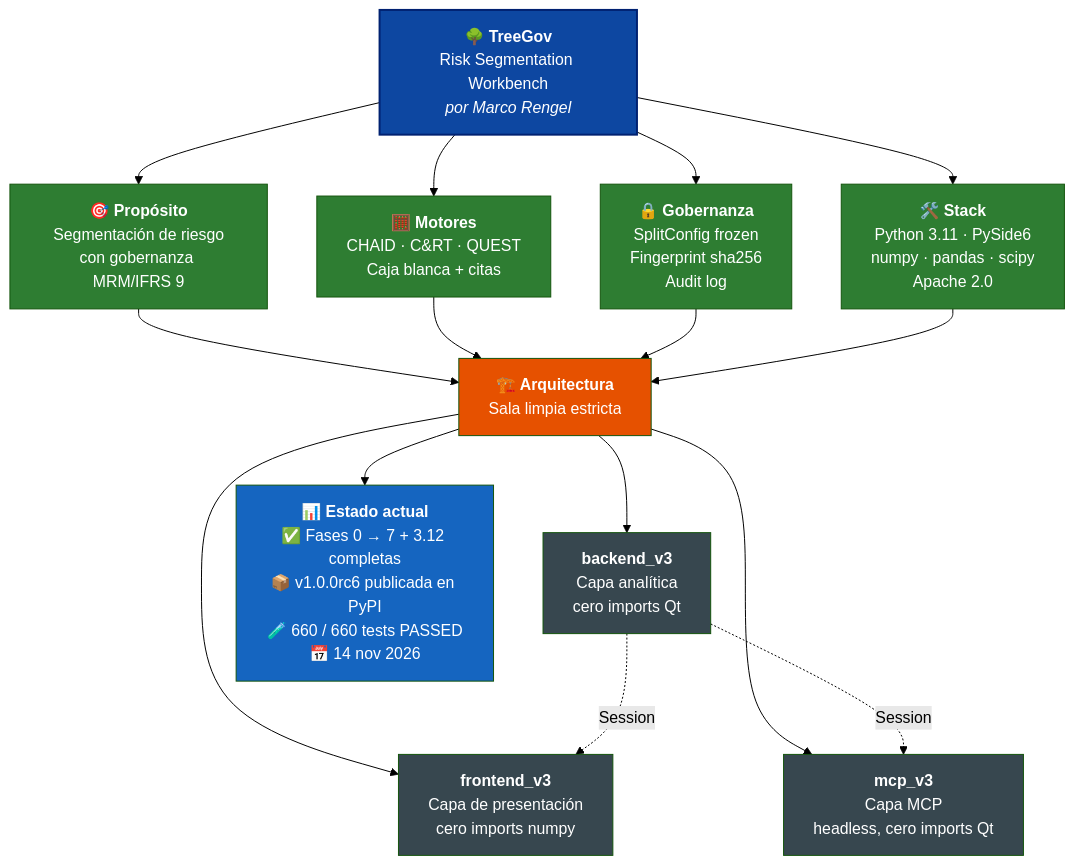
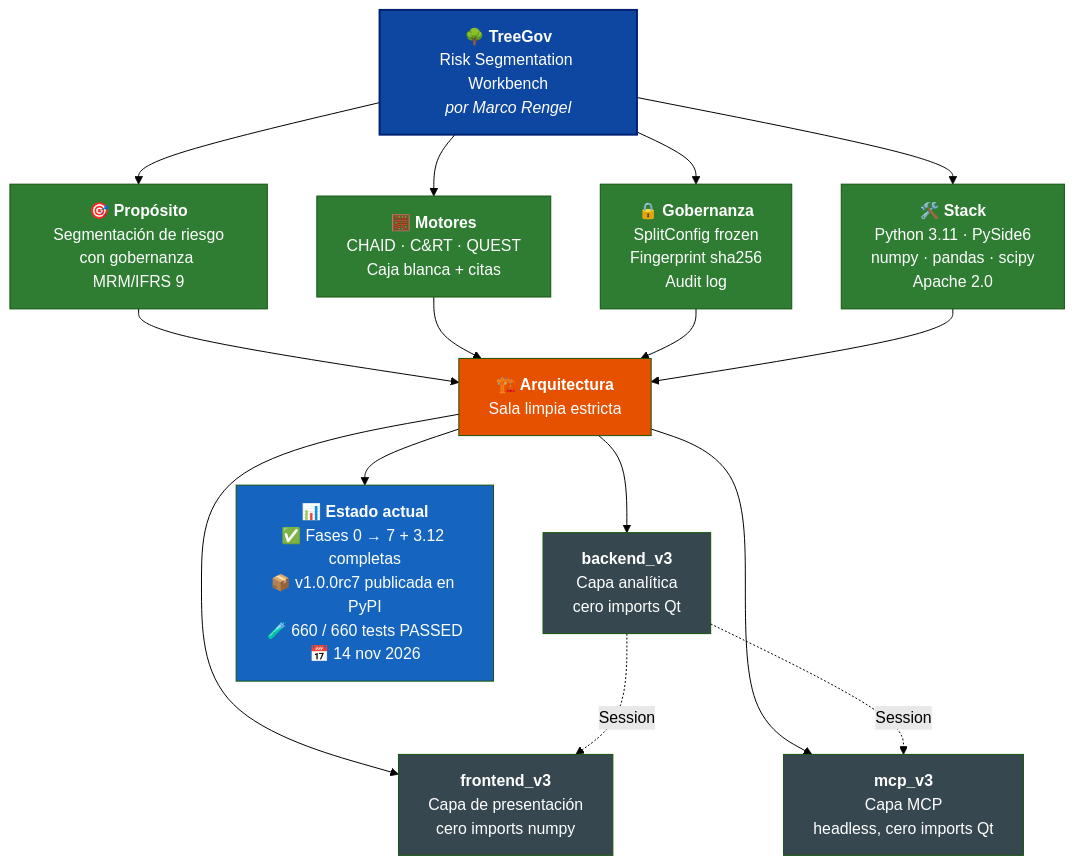
Before and after one commit to Marco-Rengel/treegov: the diagram in README.es.md, drawn with Mermaid (forest theme). The commit also changed other lines of this file and 5 other files, not shown here.

````diff
--- a/README.es.md
+++ b/README.es.md
@@ -38,34 +38,34 @@
 ```mermaid
 flowchart TB
     TG["<b>🌳 TreeGov</b><br/>Risk Segmentation Workbench<br/><i>por Marco Rengel</i>"]
 
     TG --> P["<b>🎯 Propósito</b><br/>Segmentación de riesgo<br/>con gobernanza MRM/IFRS 9"]
     TG --> M["<b>🧮 Motores</b><br/>CHAID · C&RT · QUEST<br/>Caja blanca + citas"]
     TG --> G["<b>🔒 Gobernanza</b><br/>SplitConfig frozen<br/>Fingerprint sha256<br/>Audit log"]
     TG --> S["<b>🛠️ Stack</b><br/>Python 3.11 · PySide6<br/>numpy · pandas · scipy<br/>Apache 2.0"]
 
     P --> ARQ["<b>🏗️ Arquitectura</b><br/>Sala limpia estricta"]
     M --> ARQ
     G --> ARQ
     S --> ARQ
 
     ARQ --> BE["<b>backend_v3</b><br/>Capa analítica<br/>cero imports Qt"]
     ARQ --> FE["<b>frontend_v3</b><br/>Capa de presentación<br/>cero imports numpy"]
     ARQ --> MC["<b>mcp_v3</b><br/>Capa MCP<br/>headless, cero imports Qt"]
 
     BE -.->|Session| FE
     BE -.->|Session| MC
 
-    ARQ --> ST["<b>📊 Estado actual</b><br/>✅ Fases 0 → 7 + 3.12 completas<br/>📦 v1.0.0rc6 publicada en PyPI<br/>🧪 660 / 660 tests PASSED<br/>📅 14 nov 2026"]
+    ARQ --> ST["<b>📊 Estado actual</b><br/>✅ Fases 0 → 7 + 3.12 completas<br/>📦 v1.0.0rc7 publicada en PyPI<br/>🧪 660 / 660 tests PASSED<br/>📅 14 nov 2026"]
 
     style TG fill:#0D47A1,color:#fff,stroke:#002171,stroke-width:2px
     style P fill:#2E7D32,color:#fff
     style M fill:#2E7D32,color:#fff
     style G fill:#2E7D32,color:#fff
     style S fill:#2E7D32,color:#fff
     style ARQ fill:#E65100,color:#fff
     style BE fill:#37474F,color:#fff
     style FE fill:#37474F,color:#fff
     style MC fill:#37474F,color:#fff
     style ST fill:#1565C0,color:#fff
 ```
````
